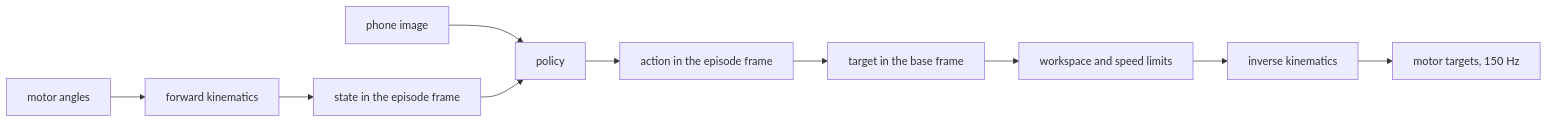
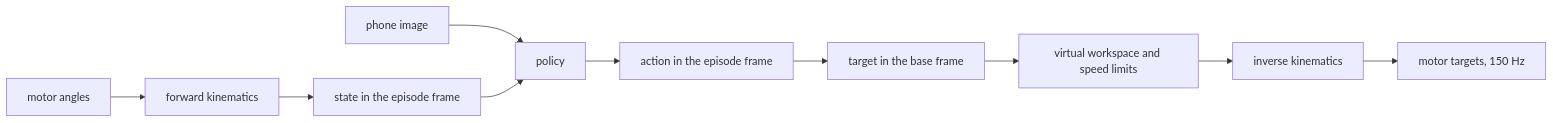
The second of 2 diagrams in 2026-autumn/module-03-arm-data-for-guided-interaction/11-sim2real-gap-in-hardware-deployment.md (asEmbodiedAISyst/2026Autumn), drawn with Mermaid before and after one commit. The commit also changed other lines of this file and 14 other files, not shown here.

````diff
--- a/2026-autumn/module-03-arm-data-for-guided-interaction/11-sim2real-gap-in-hardware-deployment.md
+++ b/2026-autumn/module-03-arm-data-for-guided-interaction/11-sim2real-gap-in-hardware-deployment.md
@@ -94,6 +94,6 @@
 ```mermaid
 flowchart LR
     I[phone image] --> P[policy]
     Q[motor angles] --> K[forward kinematics] --> E[state in the episode frame] --> P
-    P --> A[action in the episode frame] --> B[target in the base frame] --> L[workspace and speed limits] --> IK[inverse kinematics] --> M[motor targets, 150 Hz]
+    P --> A[action in the episode frame] --> B[target in the base frame] --> L[virtual workspace and speed limits] --> IK[inverse kinematics] --> M[motor targets, 150 Hz]
 ```
````
